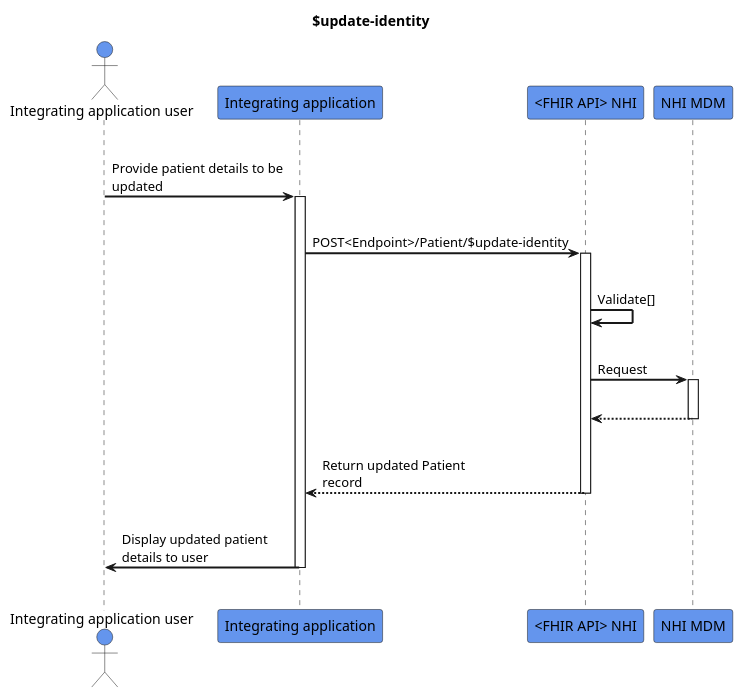
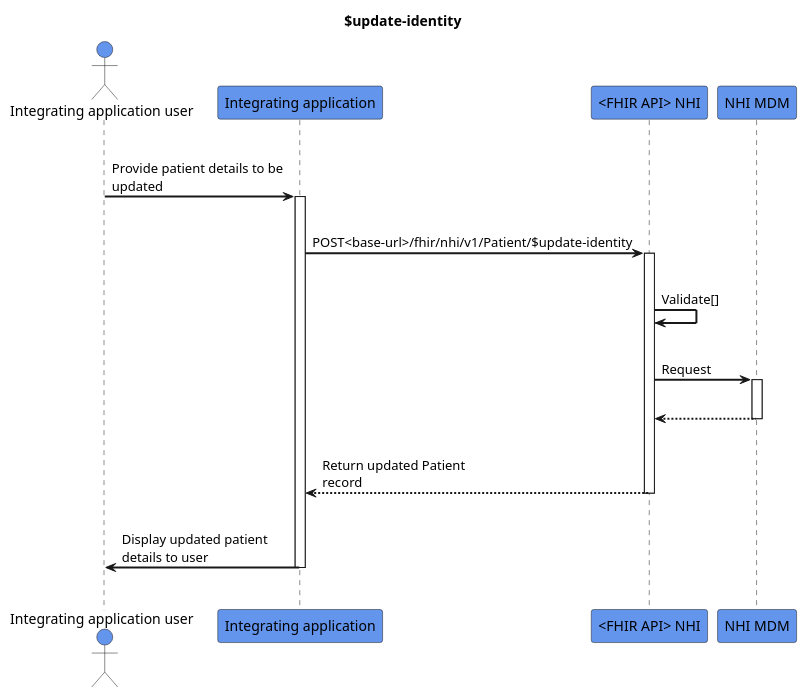
Before and after one commit to HL7NZ/nhi: the diagram in input/images-source/update-identity.plantuml, drawn with PlantUML.

```diff
--- a/input/images-source/update-identity.plantuml
+++ b/input/images-source/update-identity.plantuml
@@ -1,32 +1,32 @@
 @startuml
 skinparam sequenceArrowThickness 2
 skinparam roundcorner 5
 skinparam maxmessagesize 180
 skinparam sequenceParticipant bold
 title $update-identity
 actor "Integrating application user" as User #CornflowerBlue
 participant "Integrating application" as A #CornflowerBlue
 participant "<FHIR API> NHI" as B #CornflowerBlue
 participant "NHI MDM" as C #CornflowerBlue
 |||
 User -> A: Provide patient details to be updated
 activate A
 |||
-A -> B: POST<Endpoint>/Patient/$update-identity
+A -> B: POST<base-url>/fhir/nhi/v1/Patient/$update-identity
 activate B
 |||
 B -> B: Validate[]
 |||
 B -> C: Request
 activate C
 |||
 C -[dashed]-> B
 deactivate C
 |||
 B -[dashed]-> A: Return updated Patient record
 deactivate B
 |||
 A -> User: Display updated patient details to user
 deactivate A
 |||
 @enduml
```
